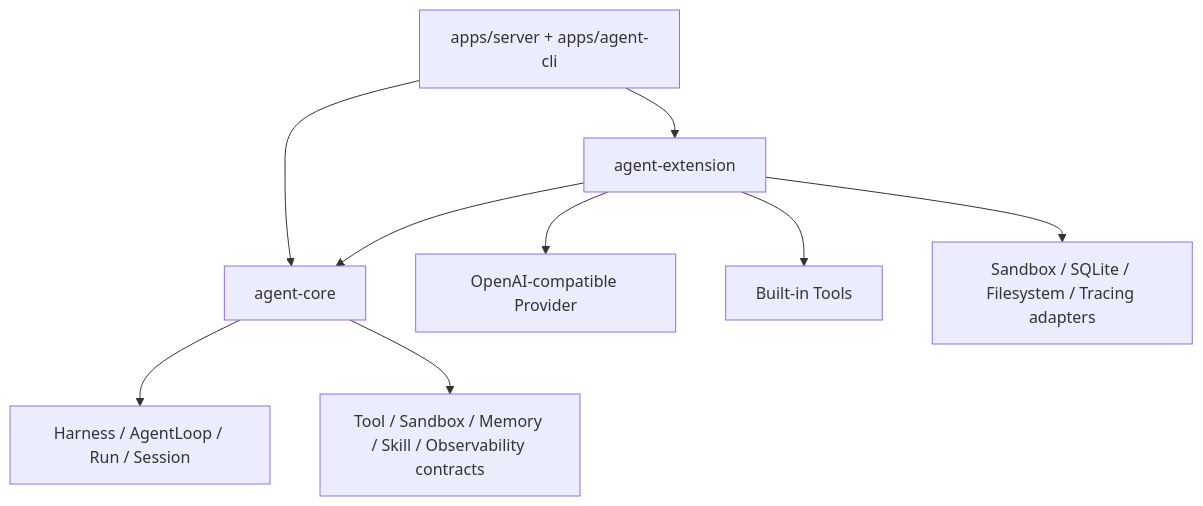
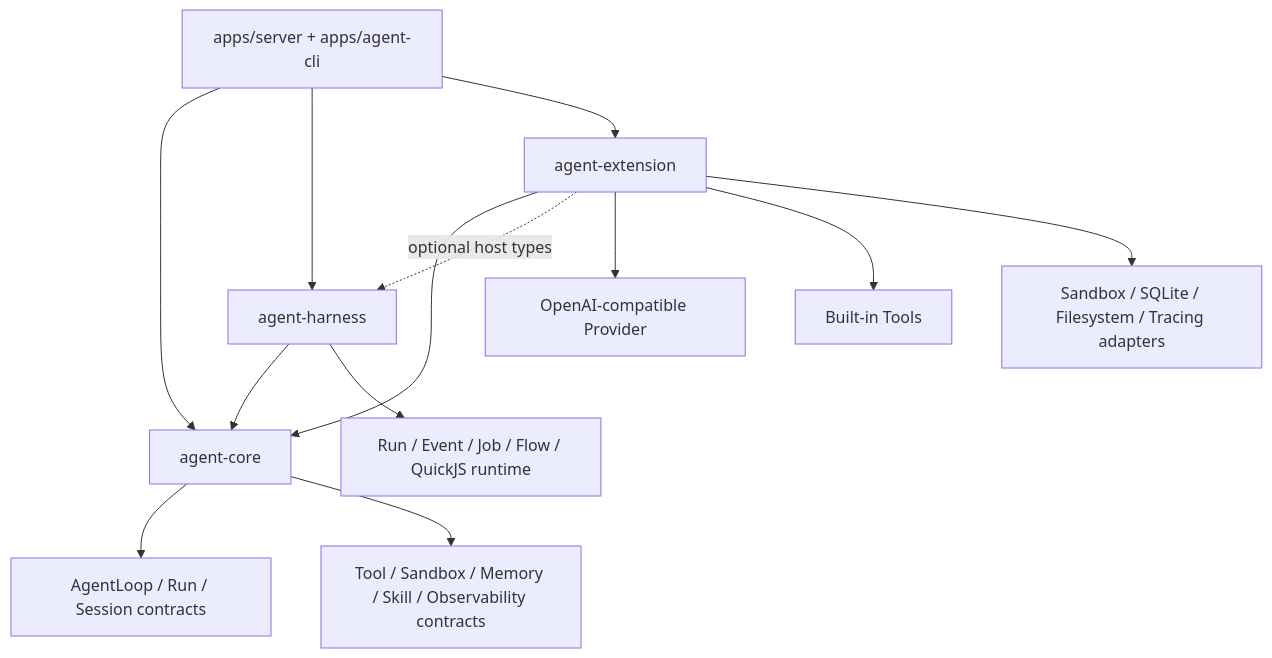
Before and after one commit to xinjiyuan97/Mina: the second of 2 diagrams in docs/01-architecture-boundaries.md, drawn with Mermaid. The commit also changed other lines of this file and 92 other files, not shown here.

Commit message:
feat: add durable event-driven agent runtime

````diff
--- a/docs/01-architecture-boundaries.md
+++ b/docs/01-architecture-boundaries.md
@@ -111,11 +112,15 @@
 ```mermaid
 flowchart TD
     Apps[apps/server + apps/agent-cli] --> Core[agent-core]
+    Apps --> Harness[agent-harness]
     Apps --> Extension[agent-extension]
+    Harness --> Core
     Extension --> Core
-    Core --> Harness[Harness / AgentLoop / Run / Session]
+    Extension -. optional host types .-> Harness
+    Core --> Agent[AgentLoop / Run / Session contracts]
     Core --> Contracts[Tool / Sandbox / Memory / Skill / Observability contracts]
+    Harness --> Runtime[Run / Event / Job / Flow / QuickJS runtime]
     Extension --> Provider[OpenAI-compatible Provider]
     Extension --> Tools[Built-in Tools]
     Extension --> Adapters[Sandbox / SQLite / Filesystem / Tracing adapters]
 ```
````
